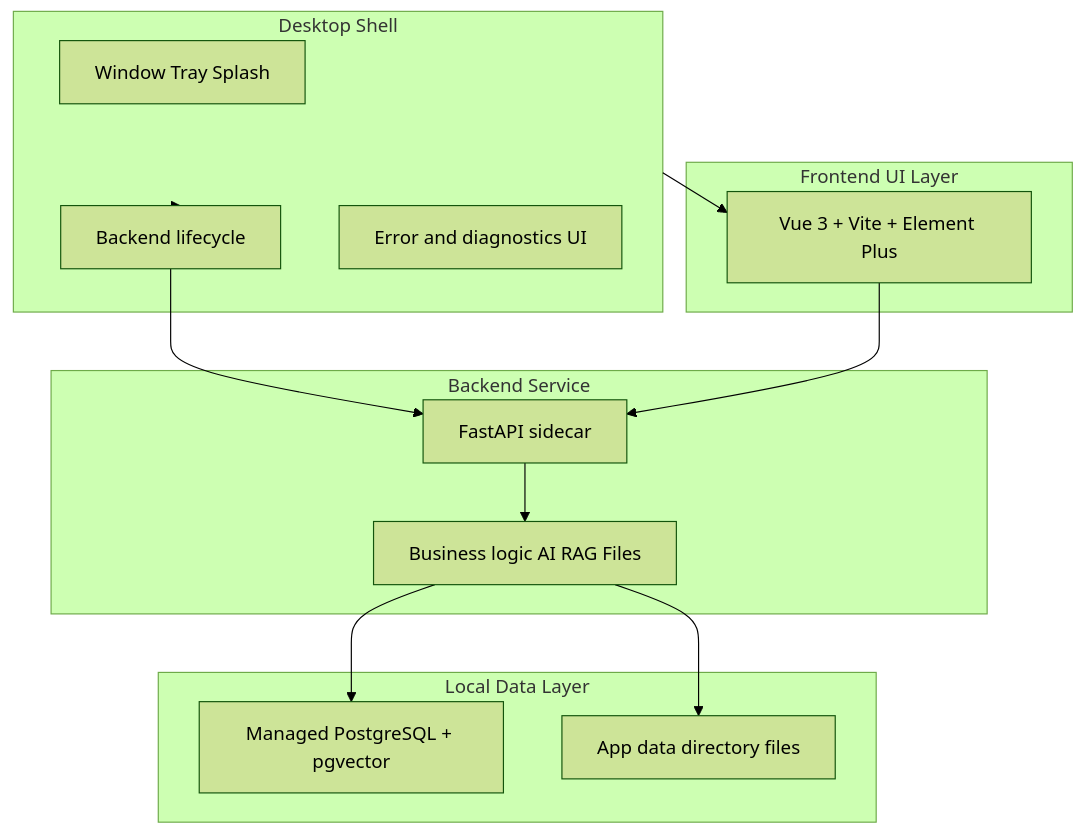
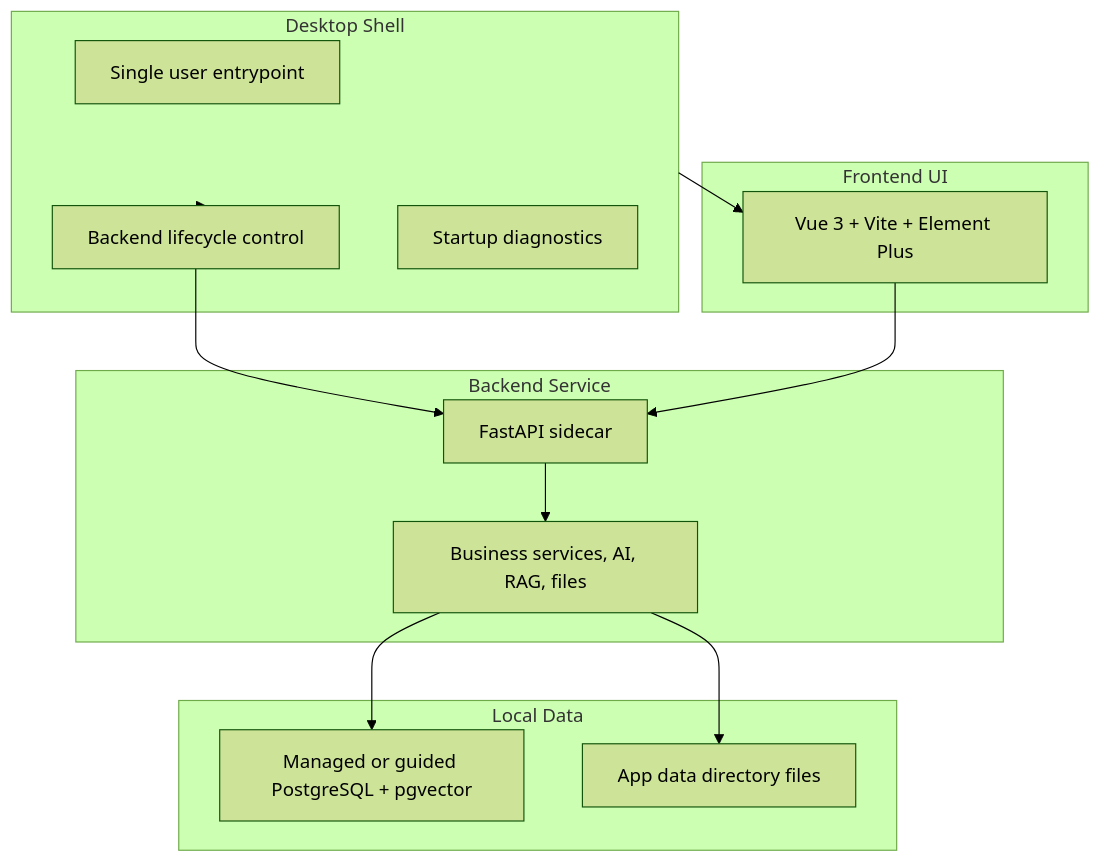
The diagram in docs/architecture_desktop_target.md (StefanoJIA/PartnerOS), drawn with Mermaid (forest theme) before and after one commit. The commit also changed other lines of this file and 13 other files, not shown here.

Commit message:
test(runtime): gate desktop target architecture

````diff
--- a/docs/architecture_desktop_target.md
+++ b/docs/architecture_desktop_target.md
@@ -7,26 +13,26 @@
 ```mermaid
 flowchart TB
-  subgraph shell [Desktop Shell]
-    W[Window Tray Splash]
-    L[Backend lifecycle]
-    E[Error and diagnostics UI]
+  subgraph shell ["Desktop Shell"]
+    launcher["Single user entrypoint"]
+    lifecycle["Backend lifecycle control"]
+    diagnostics["Startup diagnostics"]
   end
-  subgraph ui [Frontend UI Layer]
-    V[Vue 3 + Vite + Element Plus]
+  subgraph ui ["Frontend UI"]
+    vue["Vue 3 + Vite + Element Plus"]
   end
-  subgraph api [Backend Service]
-    F[FastAPI sidecar]
-    BL[Business logic AI RAG Files]
+  subgraph backend ["Backend Service"]
+    api["FastAPI sidecar"]
+    services["Business services, AI, RAG, files"]
   end
-  subgraph data [Local Data Layer]
-    PG[Managed PostgreSQL + pgvector]
-    FS[App data directory files]
+  subgraph data ["Local Data"]
+    postgres["Managed or guided PostgreSQL + pgvector"]
+    files["App data directory files"]
   end
-  shell --> V
-  shell --> L
-  L --> F
-  V --> F
-  F --> BL
-  BL --> PG
-  BL --> FS
+  shell --> vue
+  shell --> lifecycle
+  lifecycle --> api
+  vue --> api
+  api --> services
+  services --> postgres
+  services --> files
 ```
````
